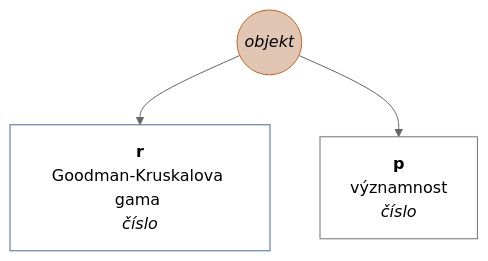
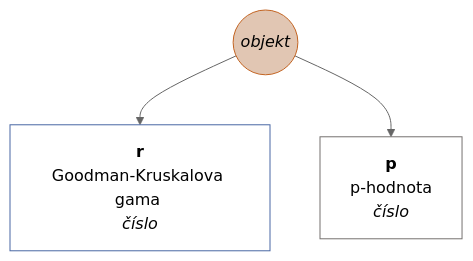
Before and after one commit to muzikp/retusa: diagram 28 of 38 in docs/cs-CZ.md, drawn with Mermaid (neutral theme). The commit also changed other lines of this file and 8 other files, not shown here.

````diff
--- a/docs/cs-CZ.md
+++ b/docs/cs-CZ.md
@@ -1011,13 +1011,13 @@
 ```mermaid
 graph TD
 correlGamma((<i>objekt</i>))
 style correlGamma fill:#E1C6B3;
 style correlGamma stroke:#C36422;
 correlGamma --> r[<b>r</b><br>Goodman-Kruskalova gama <br><i>číslo</i>]
 style r fill:#FFFFFF;
 style r stroke:#4967A4;
-correlGamma --> p[<b>p</b><br>významnost <br><i>číslo</i>]
+correlGamma --> p[<b>p</b><br>p-hodnota <br><i>číslo</i>]
 style p fill:#FFFFFF;
 style p stroke:#75716F;
 
 ```
````
